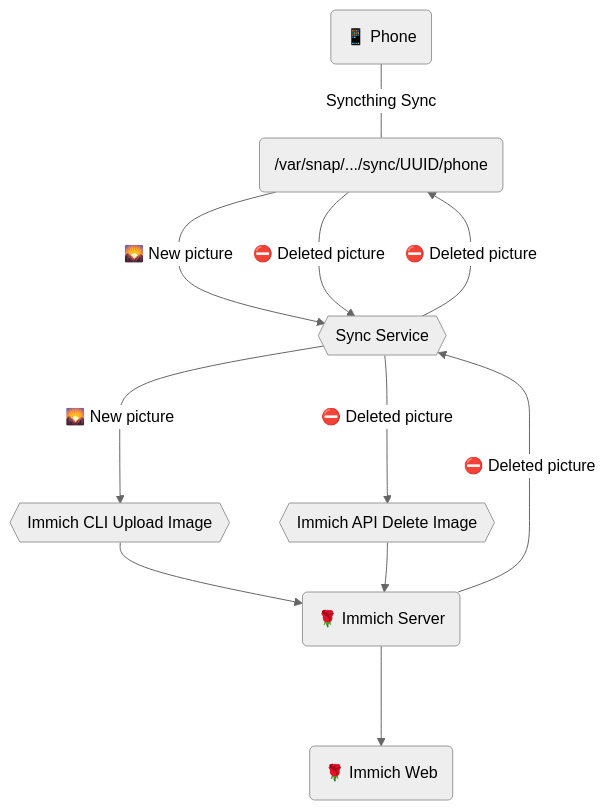
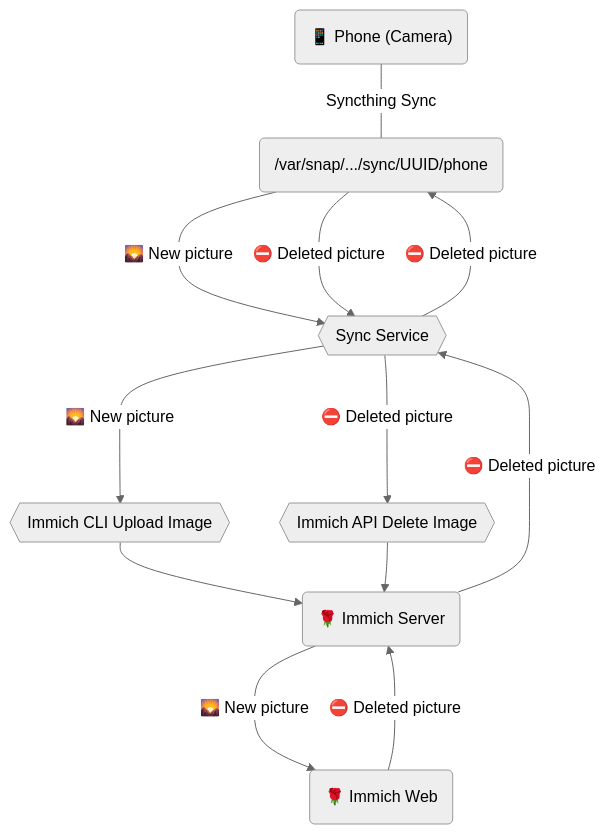
The second of 2 diagrams in docs/docs/configuration/sync.md (nsg/immich-distribution), drawn with Mermaid (neutral theme) before and after one commit. The commit also changed other lines of this file, not shown here.

````diff
--- a/docs/docs/configuration/sync.md
+++ b/docs/docs/configuration/sync.md
@@ -49,21 +70,22 @@
 ``` mermaid
 graph TB
-P("📱 Phone")
+P("📱 Phone (Camera)")
 IS("🌹 Immich Server")
 IW("🌹 Immich Web")
 SY("/var/snap/.../sync/UUID/phone")
 CLI{{"Immich CLI Upload Image"}}
 API{{"Immich API Delete Image"}}
 SYNC{{"Sync Service"}}
 
 P -- "Syncthing Sync" --- SY
 
 SY -- "🌄 New picture" ---> SYNC
 SY -- "⛔ Deleted picture" ---> SYNC
 SYNC -- "⛔ Deleted picture" ---> SY
 
 SYNC -- "🌄 New picture" ---> CLI --> IS
 SYNC -- "⛔ Deleted picture" ---> API --> IS
 IS -- "⛔ Deleted picture" ---> SYNC
-IS ---> IW
+IS -- "🌄 New picture" ---> IW
+IW -- "⛔ Deleted picture" ---> IS
 ```
````
